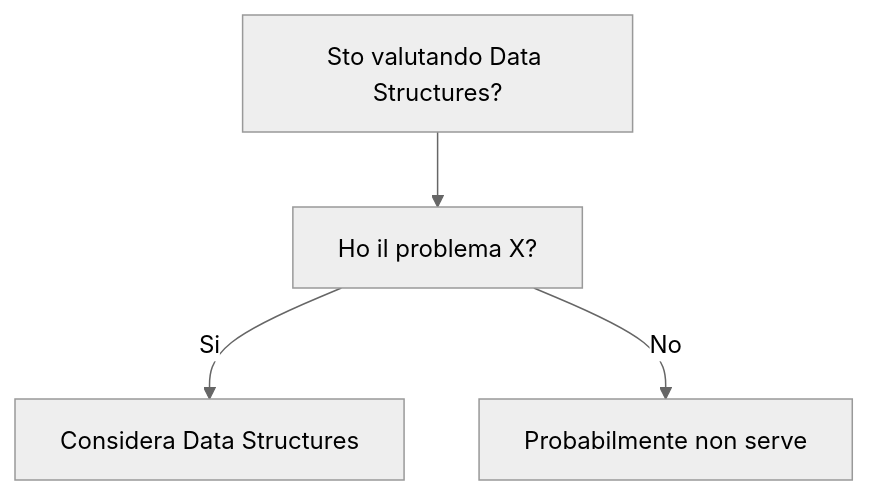
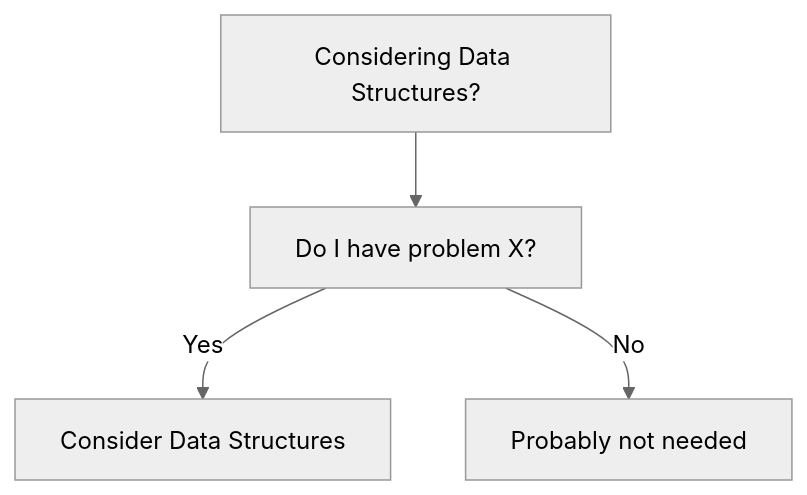
One commit to HxT9/Software-Dev-Wiki changed the diagram in dev-wiki/15_Algorithms_DataStructures/Data_Structures/When_To_Use.md. Above: the diagram before and after it, drawn with Mermaid (neutral theme). The commit also changed other lines of this file and 3444 other files, not shown here.

````diff
--- a/dev-wiki/15_Algorithms_DataStructures/Data_Structures/When_To_Use.md
+++ b/dev-wiki/15_Algorithms_DataStructures/Data_Structures/When_To_Use.md
@@ -19,6 +19,6 @@
 ```mermaid
 flowchart TD
-  Q[Sto valutando Data Structures?] --> Q1[Ho il problema X?]
-  Q1 -->|Si| OK[Considera Data Structures]
-  Q1 -->|No| NO[Probabilmente non serve]
+  Q[Considering Data Structures?] --> Q1[Do I have problem X?]
+  Q1 -->|Yes| OK[Consider Data Structures]
+  Q1 -->|No| NO[Probably not needed]
 ```
````
